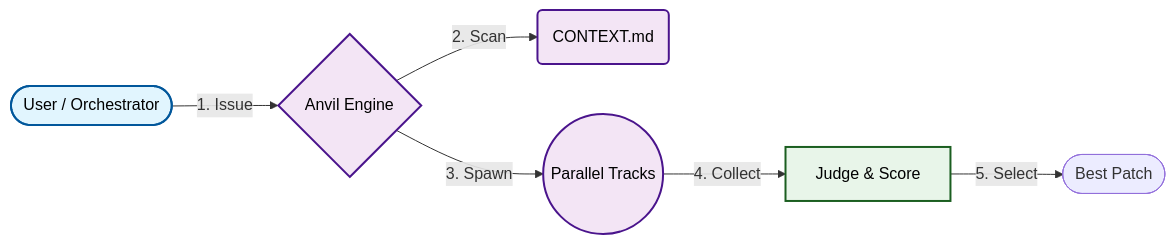
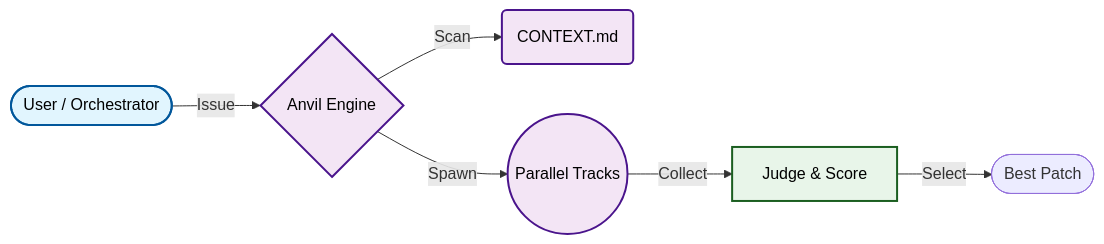
One commit to grahama1970/anvil changed the first of 2 diagrams in README.md. Above: the diagram before and after it, drawn with Mermaid.

Commit message:
docs: remove numbering from mermaid labels

````diff
--- a/README.md
+++ b/README.md
@@ -54,13 +54,13 @@
 ```mermaid
 flowchart LR
     %% Styles
     classDef actor fill:#e1f5fe,stroke:#01579b,stroke-width:2px,color:#000
     classDef process fill:#f3e5f5,stroke:#4a148c,stroke-width:2px,color:#000
     classDef decision fill:#e8f5e9,stroke:#1b5e20,stroke-width:2px,color:#000
 
-    User(["User / Orchestrator"]):::actor -->|"1. Issue"| Anvil{"Anvil Engine"}:::process
-    Anvil -->|"2. Scan"| Context("CONTEXT.md"):::process
-    Anvil -->|"3. Spawn"| Tracks(("Parallel Tracks")):::process
-    Tracks -->|"4. Collect"| Judge["Judge & Score"]:::decision
-    Judge -->|"5. Select"| Winner(["Best Patch"])
+    User(["User / Orchestrator"]):::actor -->|"Issue"| Anvil{"Anvil Engine"}:::process
+    Anvil -->|"Scan"| Context("CONTEXT.md"):::process
+    Anvil -->|"Spawn"| Tracks(("Parallel Tracks")):::process
+    Tracks -->|"Collect"| Judge["Judge & Score"]:::decision
+    Judge -->|"Select"| Winner(["Best Patch"])
 ```
````
